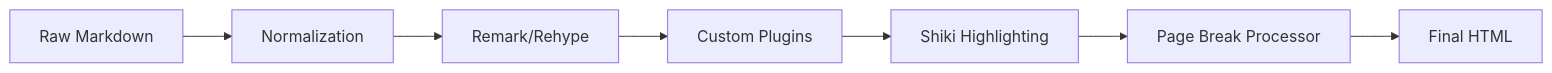
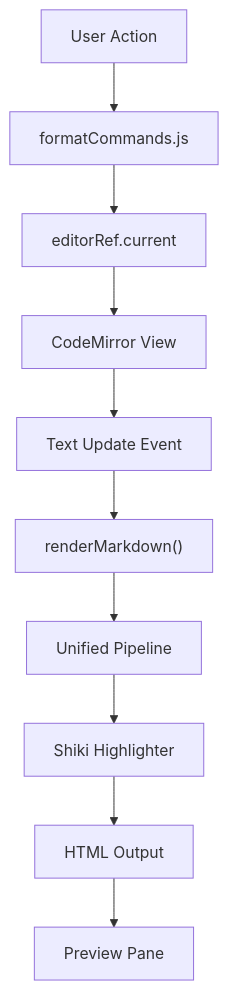
Before and after one commit to shinymacktest/gitdex-docs: the diagram in docs/shinymack/markeon/2_markdown-processing-engine.mdx, drawn with Mermaid. The commit also changed other lines of this file and 15 other files, not shown here.

````diff
--- a/docs/shinymack/markeon/2_markdown-processing-engine.mdx
+++ b/docs/shinymack/markeon/2_markdown-processing-engine.mdx
@@ -16,9 +39,12 @@
 ```mermaid
-graph LR
-    A["Raw Markdown"] --> B["Normalization"]
-    B --> C["Remark/Rehype"]
-    C --> D["Custom Plugins"]
-    D --> E["Shiki Highlighting"]
-    E --> F["Page Break Processor"]
-    F --> G["Final HTML"]
+graph TD
+    A["User Action"] --> B["formatCommands.js"]
+    B --> C["editorRef.current"]
+    C --> D["CodeMirror View"]
+    D --> E["Text Update Event"]
+    E --> F["renderMarkdown()"]
+    F --> G["Unified Pipeline"]
+    G --> H["Shiki Highlighter"]
+    H --> I["HTML Output"]
+    I --> J["Preview Pane"]
 ```
````
